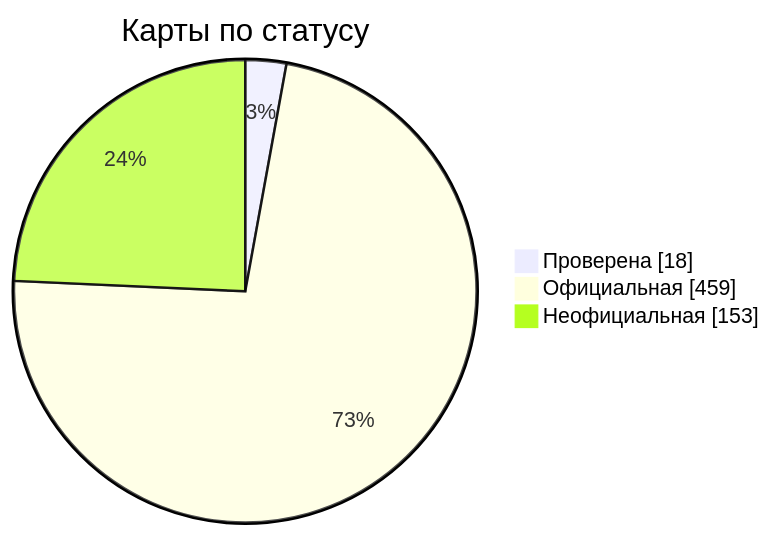
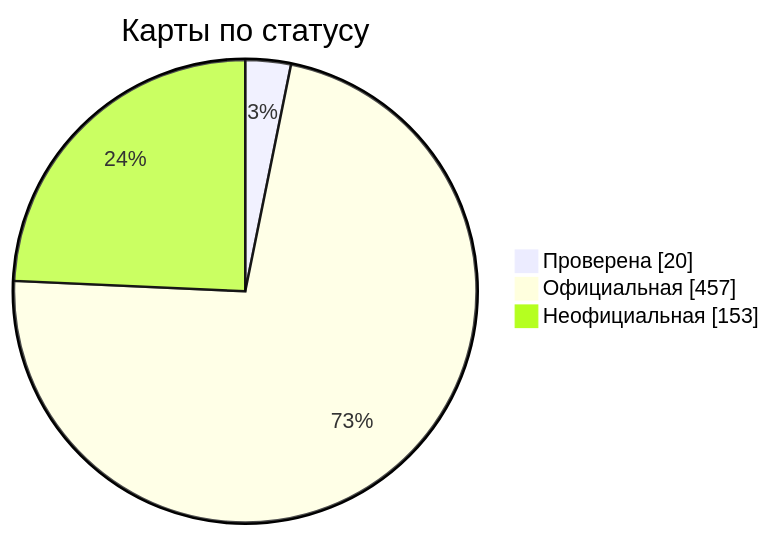
The diagram in docs/readme/README_RU.md (nobrega8/mbmap-library), drawn with Mermaid before and after one commit. The commit also changed 7 other files, not shown here.

````diff
--- a/docs/readme/README_RU.md
+++ b/docs/readme/README_RU.md
@@ -54,7 +54,7 @@
 ```mermaid
 pie showData
     title Карты по статусу
-    "Проверена" : 18
-    "Официальная" : 459
+    "Проверена" : 20
+    "Официальная" : 457
     "Неофициальная" : 153
 ```
````
